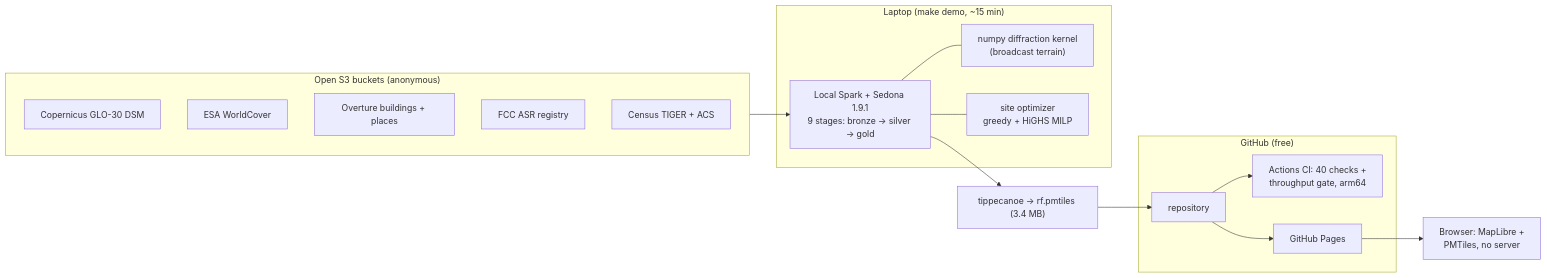
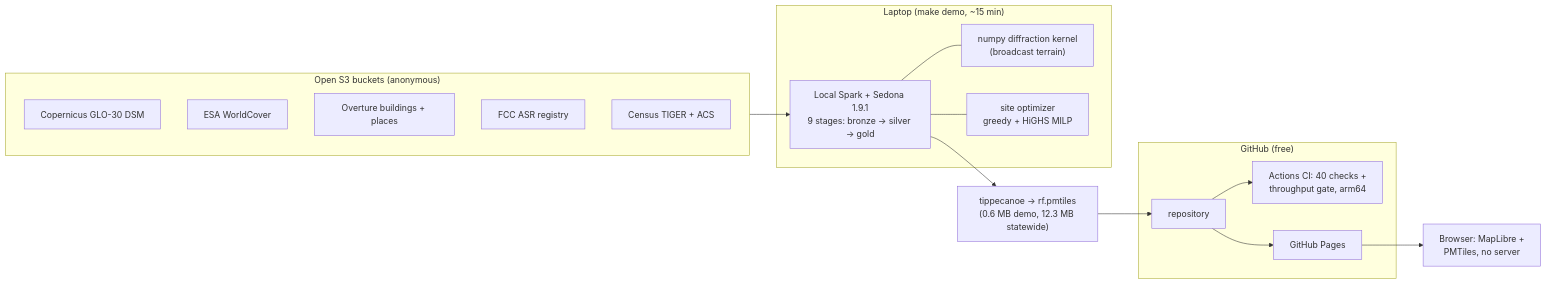
Before and after one commit to owensross27/sedona-rf-coverage: the first of 2 diagrams in README.md, drawn with Mermaid. The commit also changed 7 other files, not shown here.

````diff
--- a/README.md
+++ b/README.md
@@ -167,29 +167,29 @@
 ```mermaid
 flowchart LR
     subgraph open["Open S3 buckets (anonymous)"]
         dem["Copernicus GLO-30 DSM"]
         wc["ESA WorldCover"]
         ov["Overture buildings + places"]
         fcc["FCC ASR registry"]
         acs["Census TIGER + ACS"]
     end
     subgraph laptop["Laptop (make demo, ~15 min)"]
         spark["Local Spark + Sedona 1.9.1<br/>9 stages: bronze -> silver -> gold"]
         kernel["numpy diffraction kernel<br/>(broadcast terrain)"]
         opt["site optimizer<br/>greedy + HiGHS MILP"]
         spark --- kernel
         spark --- opt
     end
     subgraph gh["GitHub (free)"]
         repo["repository"]
         ci["Actions CI: 40 checks +<br/>throughput gate, arm64"]
         pages["GitHub Pages"]
     end
     browser["Browser: MapLibre +<br/>PMTiles, no server"]
     open --> spark
-    spark --> tiles["tippecanoe -> rf.pmtiles (3.4 MB)"]
+    spark --> tiles["tippecanoe -> rf.pmtiles<br/>(0.6 MB demo, 12.3 MB statewide)"]
     tiles --> repo
     repo --> ci
     repo --> pages
     pages --> browser
 ```
````
